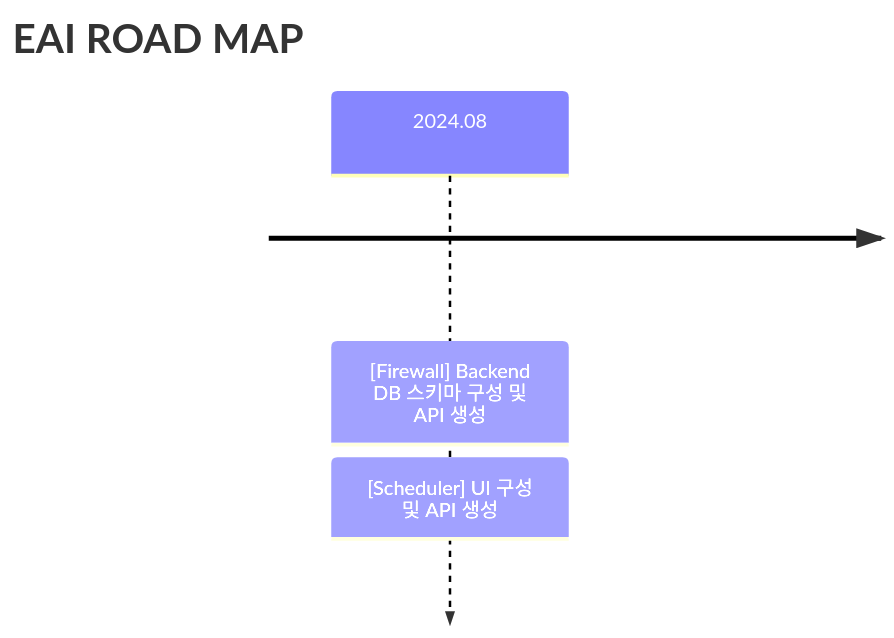
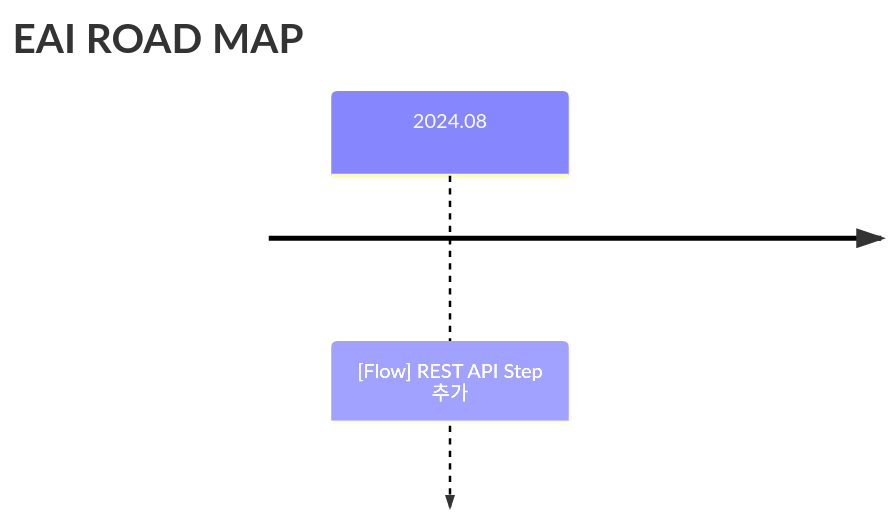
The diagram in docs/eai/roadmap.md (bsgp/docs), drawn with Mermaid before and after one commit. The commit also changed 1 other file, not shown here.

Commit message:
chore: update release&roadmap

````diff
--- a/docs/eai/roadmap.md
+++ b/docs/eai/roadmap.md
@@ -1,5 +1,5 @@
 ```mermaid
 timeline
   title EAI ROAD MAP
-  2024.08: [Firewall] Backend DB 스키마 구성 및 API 생성 : [Scheduler] UI 구성 및 API 생성 
+  2024.08: [Flow] REST API Step 추가
 ```
````
